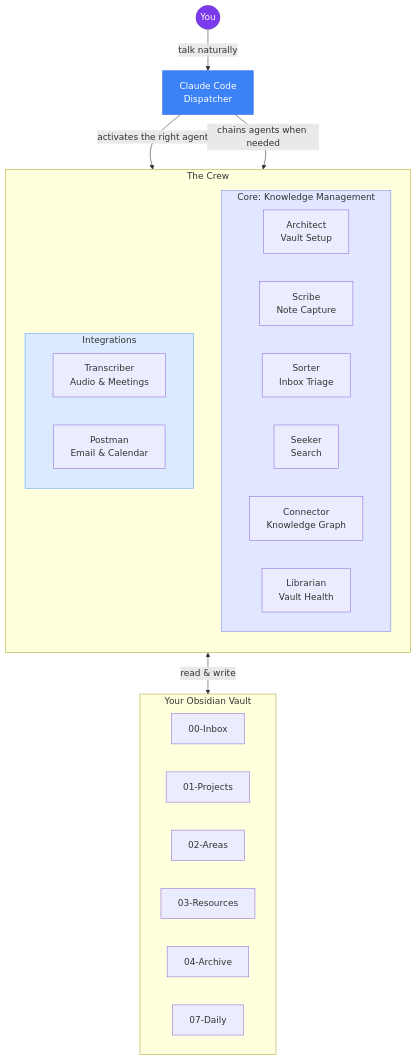
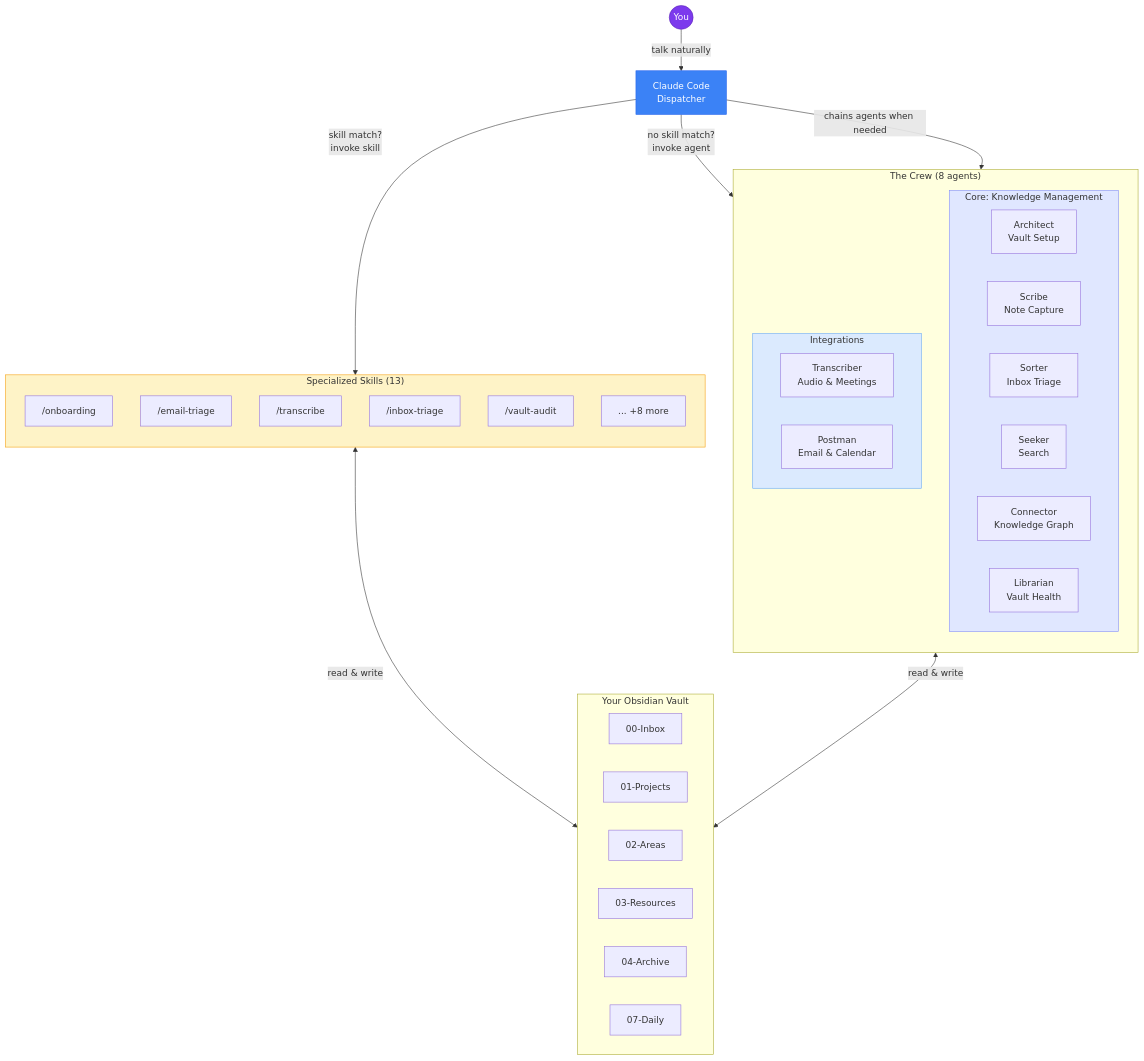
One commit to arpitbehera/My-Brain-Is-Full-Crew changed the first of 2 diagrams in README.md. Above: the diagram before and after it, drawn with Mermaid. The commit also changed other lines of this file and 40 other files, not shown here.

````diff
--- a/README.md
+++ b/README.md
@@ -100,44 +152,57 @@
 ```mermaid
 graph TB
     User((You))
     Claude["Claude Code\nDispatcher"]
 
     User -->|"talk naturally"| Claude
-    Claude -->|"activates the right agent"| Agents
+    Claude -->|"skill match?\ninvoke skill"| Skills
+    Claude -->|"no skill match?\ninvoke agent"| Agents
     Claude -->|"chains agents when needed"| Agents
 
-    subgraph Agents["The Crew"]
+    subgraph Skills["Specialized Skills (13)"]
+        direction TB
+        Onboarding["/onboarding"]
+        EmailTriage["/email-triage"]
+        Transcribe["/transcribe"]
+        InboxTriage["/inbox-triage"]
+        VaultAudit["/vault-audit"]
+        MoreSkills["... +8 more"]
+    end
+
+    subgraph Agents["The Crew (8 agents)"]
         direction TB
 
         subgraph Core["Core: Knowledge Management"]
             Architect["Architect\nVault Setup"]
             Scribe["Scribe\nNote Capture"]
             Sorter["Sorter\nInbox Triage"]
             Seeker["Seeker\nSearch"]
             Connector["Connector\nKnowledge Graph"]
             Librarian["Librarian\nVault Health"]
         end
 
         subgraph External["Integrations"]
             Transcriber["Transcriber\nAudio & Meetings"]
             Postman["Postman\nEmail & Calendar"]
         end
     end
 
+    Skills <-->|"read & write"| Vault
     Agents <-->|"read & write"| Vault
 
     subgraph Vault["Your Obsidian Vault"]
         direction LR
         Inbox["00-Inbox"]
         Projects["01-Projects"]
         Areas["02-Areas"]
         Resources["03-Resources"]
         Archive["04-Archive"]
         Daily["07-Daily"]
     end
 
     style User fill:#7c3aed,stroke:#5b21b6,color:#fff
     style Claude fill:#3b82f6,stroke:#2563eb,color:#fff
+    style Skills fill:#fef3c7,stroke:#f59e0b
     style Core fill:#e0e7ff,stroke:#818cf8
     style External fill:#dbeafe,stroke:#60a5fa
 ```
````
